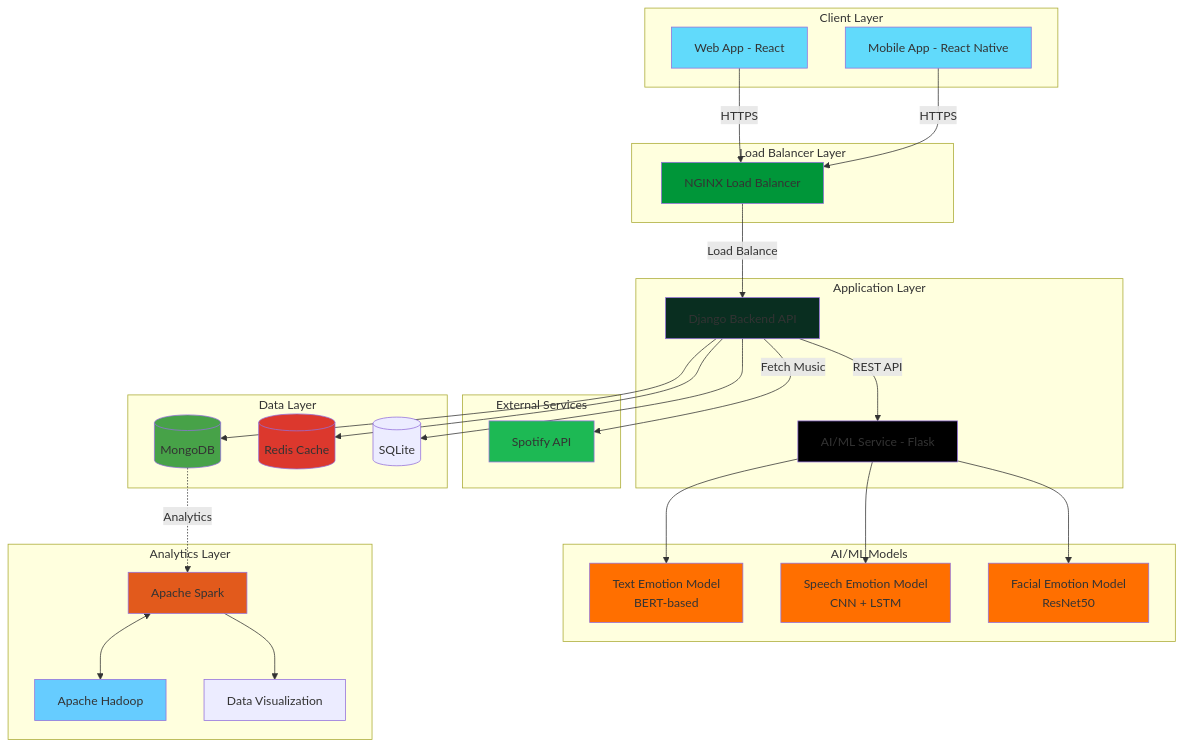
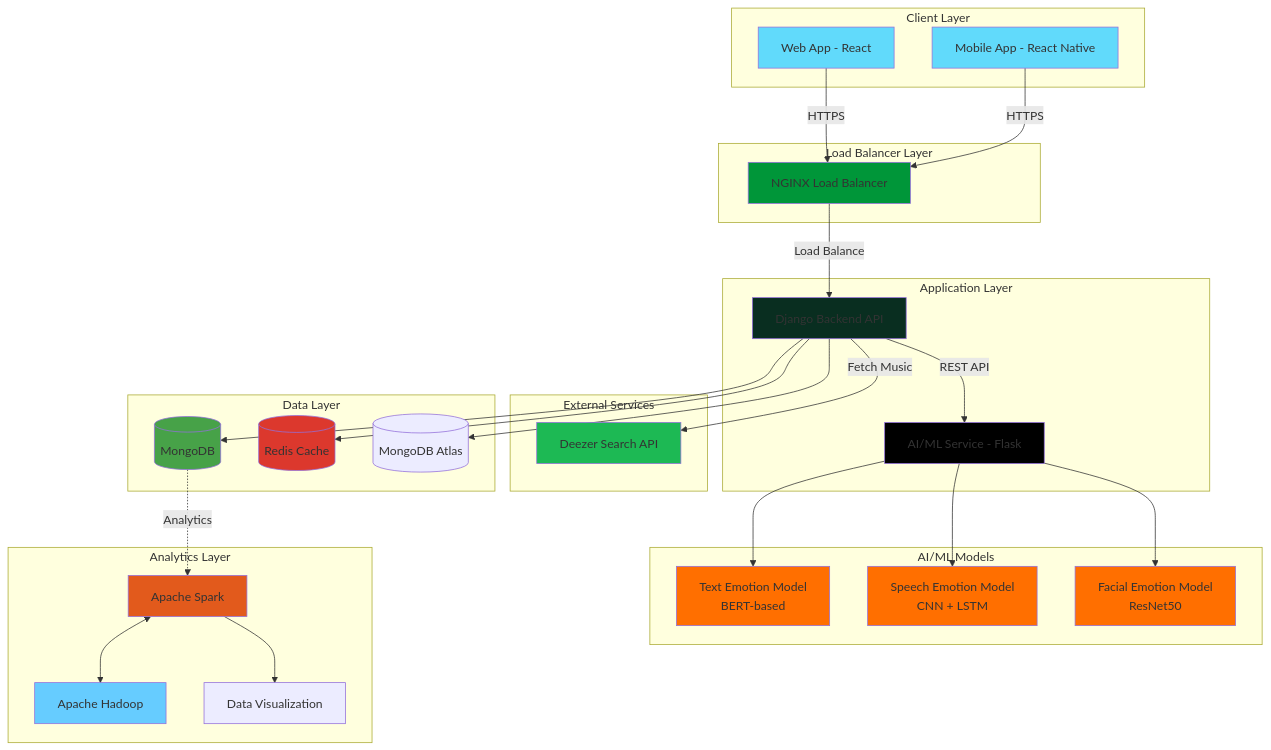
The first of 8 diagrams in README.md (hoangsonww/Moodify-Emotion-Music-App), drawn with Mermaid before and after one commit. The commit also changed other lines of this file and 4 other files, not shown here.

````diff
--- a/README.md
+++ b/README.md
@@ -133,67 +131,67 @@
 ```mermaid
 graph TB
     subgraph "Client Layer"
         A[Web App - React]
         B[Mobile App - React Native]
     end
 
     subgraph "Load Balancer Layer"
         C[NGINX Load Balancer]
     end
 
     subgraph "Application Layer"
         D[Django Backend API]
         E[AI/ML Service - Flask]
     end
 
     subgraph "AI/ML Models"
         F[Text Emotion Model<br/>BERT-based]
         G[Speech Emotion Model<br/>CNN + LSTM]
         H[Facial Emotion Model<br/>ResNet50]
     end
 
     subgraph "External Services"
-        I[Spotify API]
+        I[Deezer Search API]
     end
 
     subgraph "Data Layer"
         J[(MongoDB)]
         K[(Redis Cache)]
-        L[(SQLite)]
+        L[(MongoDB Atlas)]
     end
 
     subgraph "Analytics Layer"
         M[Apache Spark]
         N[Apache Hadoop]
         O[Data Visualization]
     end
 
     A -->|HTTPS| C
     B -->|HTTPS| C
     C -->|Load Balance| D
     D -->|REST API| E
     E --> F
     E --> G
     E --> H
     D -->|Fetch Music| I
     D --> J
     D --> K
     D --> L
     J -.->|Analytics| M
     M <--> N
     M --> O
 
     style A fill:#61DAFB
     style B fill:#61DAFB
     style C fill:#009639
     style D fill:#092E20
     style E fill:#000000
     style F fill:#FF6F00
     style G fill:#FF6F00
     style H fill:#FF6F00
     style I fill:#1DB954
     style J fill:#47A248
     style K fill:#DC382D
     style M fill:#E25A1C
     style N fill:#66CCFF
 ```
````
